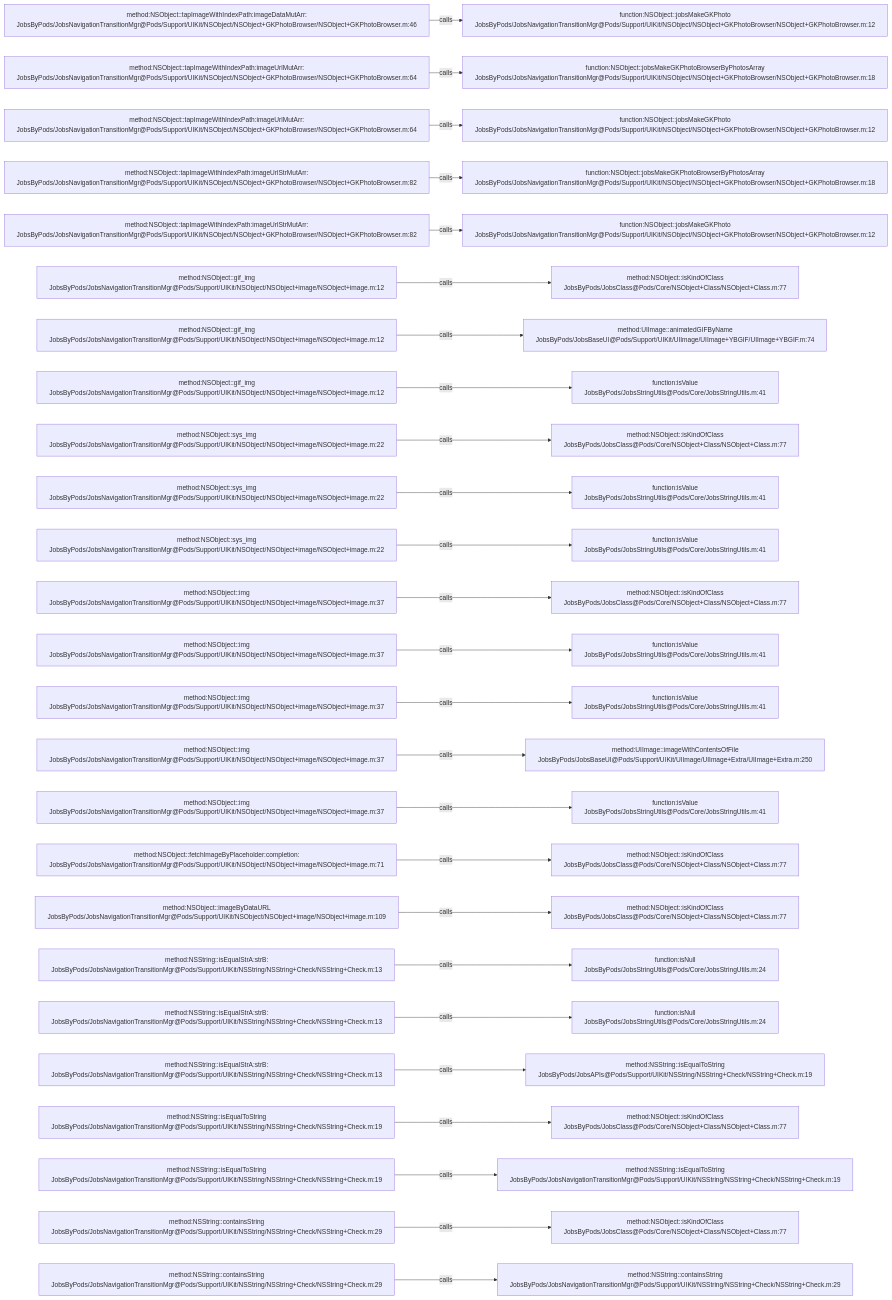
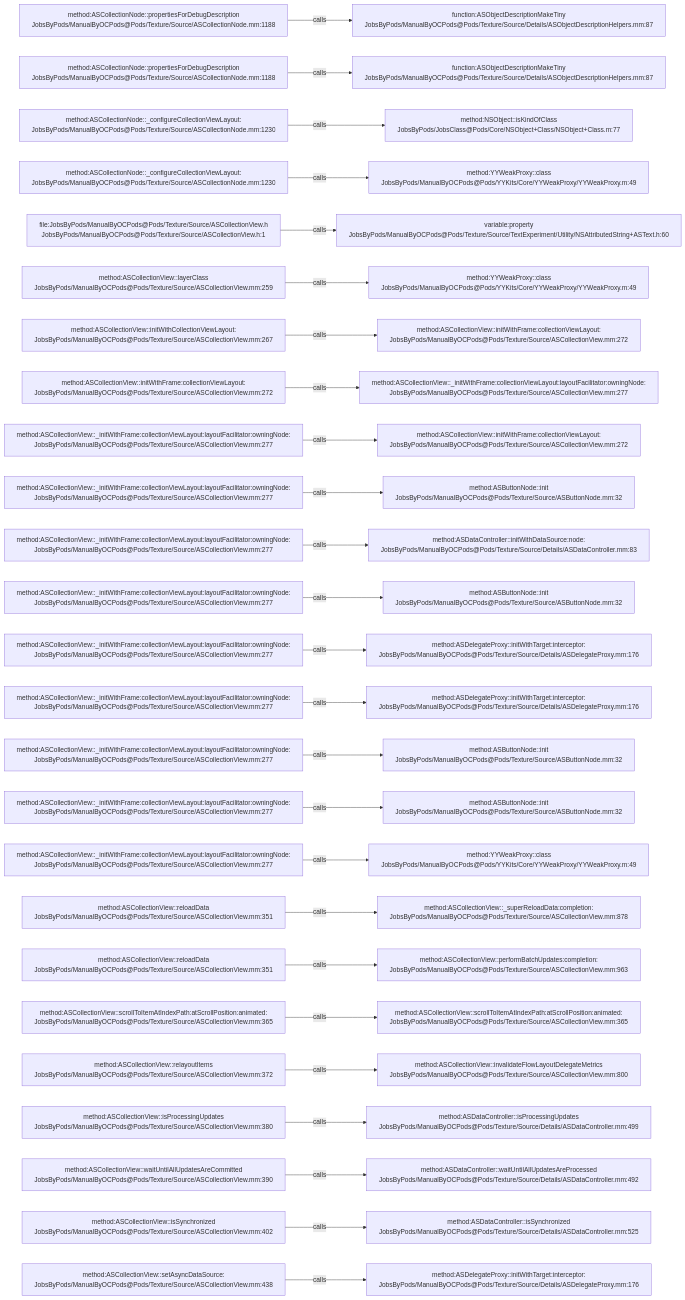
The diagram in .codegraph/codegraph.md/graphs/calls-087.md (JobsKits/JobsOCBaseConfigDemo), drawn with Mermaid before and after one commit. The commit also changed 2162 other files, not shown here.

````diff
--- a/.codegraph/codegraph.md/graphs/calls-087.md
+++ b/.codegraph/codegraph.md/graphs/calls-087.md
@@ -13,78 +13,78 @@
 ```mermaid
 flowchart LR
-  S1["method:NSObject::tapImageWithIndexPath:imageDataMutArr:<br/>JobsByPods/JobsNavigationTransitionMgr@Pods/Support/UIKit/NSObject/NSObject+GKPhotoBrowser/NSObject+GKPhotoBrowser.m:46"]
-  T1["function:NSObject::jobsMakeGKPhoto<br/>JobsByPods/JobsNavigationTransitionMgr@Pods/Support/UIKit/NSObject/NSObject+GKPhotoBrowser/NSObject+GKPhotoBrowser.m:12"]
+  S1["method:ASCollectionNode::propertiesForDebugDescription<br/>JobsByPods/ManualByOCPods@Pods/Texture/Source/ASCollectionNode.mm:1188"]
+  T1["function:ASObjectDescriptionMakeTiny<br/>JobsByPods/ManualByOCPods@Pods/Texture/Source/Details/ASObjectDescriptionHelpers.mm:87"]
   S1 -->|calls| T1
-  S2["method:NSObject::tapImageWithIndexPath:imageUrlMutArr:<br/>JobsByPods/JobsNavigationTransitionMgr@Pods/Support/UIKit/NSObject/NSObject+GKPhotoBrowser/NSObject+GKPhotoBrowser.m:64"]
-  T2["function:NSObject::jobsMakeGKPhotoBrowserByPhotosArray<br/>JobsByPods/JobsNavigationTransitionMgr@Pods/Support/UIKit/NSObject/NSObject+GKPhotoBrowser/NSObject+GKPhotoBrowser.m:18"]
+  S2["method:ASCollectionNode::propertiesForDebugDescription<br/>JobsByPods/ManualByOCPods@Pods/Texture/Source/ASCollectionNode.mm:1188"]
+  T2["function:ASObjectDescriptionMakeTiny<br/>JobsByPods/ManualByOCPods@Pods/Texture/Source/Details/ASObjectDescriptionHelpers.mm:87"]
   S2 -->|calls| T2
-  S3["method:NSObject::tapImageWithIndexPath:imageUrlMutArr:<br/>JobsByPods/JobsNavigationTransitionMgr@Pods/Support/UIKit/NSObject/NSObject+GKPhotoBrowser/NSObject+GKPhotoBrowser.m:64"]
-  T3["function:NSObject::jobsMakeGKPhoto<br/>JobsByPods/JobsNavigationTransitionMgr@Pods/Support/UIKit/NSObject/NSObject+GKPhotoBrowser/NSObject+GKPhotoBrowser.m:12"]
+  S3["method:ASCollectionNode::_configureCollectionViewLayout:<br/>JobsByPods/ManualByOCPods@Pods/Texture/Source/ASCollectionNode.mm:1230"]
+  T3["method:NSObject::isKindOfClass<br/>JobsByPods/JobsClass@Pods/Core/NSObject+Class/NSObject+Class.m:77"]
   S3 -->|calls| T3
-  S4["method:NSObject::tapImageWithIndexPath:imageUrlStrMutArr:<br/>JobsByPods/JobsNavigationTransitionMgr@Pods/Support/UIKit/NSObject/NSObject+GKPhotoBrowser/NSObject+GKPhotoBrowser.m:82"]
-  T4["function:NSObject::jobsMakeGKPhotoBrowserByPhotosArray<br/>JobsByPods/JobsNavigationTransitionMgr@Pods/Support/UIKit/NSObject/NSObject+GKPhotoBrowser/NSObject+GKPhotoBrowser.m:18"]
+  S4["method:ASCollectionNode::_configureCollectionViewLayout:<br/>JobsByPods/ManualByOCPods@Pods/Texture/Source/ASCollectionNode.mm:1230"]
+  T4["method:YYWeakProxy::class<br/>JobsByPods/ManualByOCPods@Pods/YYKits/Core/YYWeakProxy/YYWeakProxy.m:49"]
   S4 -->|calls| T4
-  S5["method:NSObject::tapImageWithIndexPath:imageUrlStrMutArr:<br/>JobsByPods/JobsNavigationTransitionMgr@Pods/Support/UIKit/NSObject/NSObject+GKPhotoBrowser/NSObject+GKPhotoBrowser.m:82"]
-  T5["function:NSObject::jobsMakeGKPhoto<br/>JobsByPods/JobsNavigationTransitionMgr@Pods/Support/UIKit/NSObject/NSObject+GKPhotoBrowser/NSObject+GKPhotoBrowser.m:12"]
+  S5["file:JobsByPods/ManualByOCPods@Pods/Texture/Source/ASCollectionView.h<br/>JobsByPods/ManualByOCPods@Pods/Texture/Source/ASCollectionView.h:1"]
+  T5["variable:property<br/>JobsByPods/ManualByOCPods@Pods/Texture/Source/TextExperiment/Utility/NSAttributedString+ASText.h:60"]
   S5 -->|calls| T5
-  S6["method:NSObject::gif_img<br/>JobsByPods/JobsNavigationTransitionMgr@Pods/Support/UIKit/NSObject/NSObject+image/NSObject+image.m:12"]
-  T6["method:NSObject::isKindOfClass<br/>JobsByPods/JobsClass@Pods/Core/NSObject+Class/NSObject+Class.m:77"]
+  S6["method:ASCollectionView::layerClass<br/>JobsByPods/ManualByOCPods@Pods/Texture/Source/ASCollectionView.mm:259"]
+  T6["method:YYWeakProxy::class<br/>JobsByPods/ManualByOCPods@Pods/YYKits/Core/YYWeakProxy/YYWeakProxy.m:49"]
   S6 -->|calls| T6
-  S7["method:NSObject::gif_img<br/>JobsByPods/JobsNavigationTransitionMgr@Pods/Support/UIKit/NSObject/NSObject+image/NSObject+image.m:12"]
-  T7["method:UIImage::animatedGIFByName<br/>JobsByPods/JobsBaseUI@Pods/Support/UIKit/UIImage/UIImage+YBGIF/UIImage+YBGIF.m:74"]
+  S7["method:ASCollectionView::initWithCollectionViewLayout:<br/>JobsByPods/ManualByOCPods@Pods/Texture/Source/ASCollectionView.mm:267"]
+  T7["method:ASCollectionView::initWithFrame:collectionViewLayout:<br/>JobsByPods/ManualByOCPods@Pods/Texture/Source/ASCollectionView.mm:272"]
   S7 -->|calls| T7
-  S8["method:NSObject::gif_img<br/>JobsByPods/JobsNavigationTransitionMgr@Pods/Support/UIKit/NSObject/NSObject+image/NSObject+image.m:12"]
-  T8["function:isValue<br/>JobsByPods/JobsStringUtils@Pods/Core/JobsStringUtils.m:41"]
+  S8["method:ASCollectionView::initWithFrame:collectionViewLayout:<br/>JobsByPods/ManualByOCPods@Pods/Texture/Source/ASCollectionView.mm:272"]
+  T8["method:ASCollectionView::_initWithFrame:collectionViewLayout:layoutFacilitator:owningNode:<br/>JobsByPods/ManualByOCPods@Pods/Texture/Source/ASCollectionView.mm:277"]
   S8 -->|calls| T8
-  S9["method:NSObject::sys_img<br/>JobsByPods/JobsNavigationTransitionMgr@Pods/Support/UIKit/NSObject/NSObject+image/NSObject+image.m:22"]
-  T9["method:NSObject::isKindOfClass<br/>JobsByPods/JobsClass@Pods/Core/NSObject+Class/NSObject+Class.m:77"]
+  S9["method:ASCollectionView::_initWithFrame:collectionViewLayout:layoutFacilitator:owningNode:<br/>JobsByPods/ManualByOCPods@Pods/Texture/Source/ASCollectionView.mm:277"]
+  T9["method:ASCollectionView::initWithFrame:collectionViewLayout:<br/>JobsByPods/ManualByOCPods@Pods/Texture/Source/ASCollectionView.mm:272"]
   S9 -->|calls| T9
-  S10["method:NSObject::sys_img<br/>JobsByPods/JobsNavigationTransitionMgr@Pods/Support/UIKit/NSObject/NSObject+image/NSObject+image.m:22"]
-  T10["function:isValue<br/>JobsByPods/JobsStringUtils@Pods/Core/JobsStringUtils.m:41"]
+  S10["method:ASCollectionView::_initWithFrame:collectionViewLayout:layoutFacilitator:owningNode:<br/>JobsByPods/ManualByOCPods@Pods/Texture/Source/ASCollectionView.mm:277"]
+  T10["method:ASButtonNode::init<br/>JobsByPods/ManualByOCPods@Pods/Texture/Source/ASButtonNode.mm:32"]
   S10 -->|calls| T10
-  S11["method:NSObject::sys_img<br/>JobsByPods/JobsNavigationTransitionMgr@Pods/Support/UIKit/NSObject/NSObject+image/NSObject+image.m:22"]
-  T11["function:isValue<br/>JobsByPods/JobsStringUtils@Pods/Core/JobsStringUtils.m:41"]
+  S11["method:ASCollectionView::_initWithFrame:collectionViewLayout:layoutFacilitator:owningNode:<br/>JobsByPods/ManualByOCPods@Pods/Texture/Source/ASCollectionView.mm:277"]
+  T11["method:ASDataController::initWithDataSource:node:<br/>JobsByPods/ManualByOCPods@Pods/Texture/Source/Details/ASDataController.mm:83"]
   S11 -->|calls| T11
-  S12["method:NSObject::img<br/>JobsByPods/JobsNavigationTransitionMgr@Pods/Support/UIKit/NSObject/NSObject+image/NSObject+image.m:37"]
-  T12["method:NSObject::isKindOfClass<br/>JobsByPods/JobsClass@Pods/Core/NSObject+Class/NSObject+Class.m:77"]
+  S12["method:ASCollectionView::_initWithFrame:collectionViewLayout:layoutFacilitator:owningNode:<br/>JobsByPods/ManualByOCPods@Pods/Texture/Source/ASCollectionView.mm:277"]
+  T12["method:ASButtonNode::init<br/>JobsByPods/ManualByOCPods@Pods/Texture/Source/ASButtonNode.mm:32"]
   S12 -->|calls| T12
-  S13["method:NSObject::img<br/>JobsByPods/JobsNavigationTransitionMgr@Pods/Support/UIKit/NSObject/NSObject+image/NSObject+image.m:37"]
-  T13["function:isValue<br/>JobsByPods/JobsStringUtils@Pods/Core/JobsStringUtils.m:41"]
+  S13["method:ASCollectionView::_initWithFrame:collectionViewLayout:layoutFacilitator:owningNode:<br/>JobsByPods/ManualByOCPods@Pods/Texture/Source/ASCollectionView.mm:277"]
+  T13["method:ASDelegateProxy::initWithTarget:interceptor:<br/>JobsByPods/ManualByOCPods@Pods/Texture/Source/Details/ASDelegateProxy.mm:176"]
   S13 -->|calls| T13
-  S14["method:NSObject::img<br/>JobsByPods/JobsNavigationTransitionMgr@Pods/Support/UIKit/NSObject/NSObject+image/NSObject+image.m:37"]
-  T14["function:isValue<br/>JobsByPods/JobsStringUtils@Pods/Core/JobsStringUtils.m:41"]
+  S14["method:ASCollectionView::_initWithFrame:collectionViewLayout:layoutFacilitator:owningNode:<br/>JobsByPods/ManualByOCPods@Pods/Texture/Source/ASCollectionView.mm:277"]
+  T14["method:ASDelegateProxy::initWithTarget:interceptor:<br/>JobsByPods/ManualByOCPods@Pods/Texture/Source/Details/ASDelegateProxy.mm:176"]
   S14 -->|calls| T14
-  S15["method:NSObject::img<br/>JobsByPods/JobsNavigationTransitionMgr@Pods/Support/UIKit/NSObject/NSObject+image/NSObject+image.m:37"]
-  T15["method:UIImage::imageWithContentsOfFile<br/>JobsByPods/JobsBaseUI@Pods/Support/UIKit/UIImage/UIImage+Extra/UIImage+Extra.m:250"]
+  S15["method:ASCollectionView::_initWithFrame:collectionViewLayout:layoutFacilitator:owningNode:<br/>JobsByPods/ManualByOCPods@Pods/Texture/Source/ASCollectionView.mm:277"]
+  T15["method:ASButtonNode::init<br/>JobsByPods/ManualByOCPods@Pods/Texture/Source/ASButtonNode.mm:32"]
   S15 -->|calls| T15
-  S16["method:NSObject::img<br/>JobsByPods/JobsNavigationTransitionMgr@Pods/Support/UIKit/NSObject/NSObject+image/NSObject+image.m:37"]
-  T16["function:isValue<br/>JobsByPods/JobsStringUtils@Pods/Core/JobsStringUtils.m:41"]
+  S16["method:ASCollectionView::_initWithFrame:collectionViewLayout:layoutFacilitator:owningNode:<br/>JobsByPods/ManualByOCPods@Pods/Texture/Source/ASCollectionView.mm:277"]
+  T16["method:ASButtonNode::init<br/>JobsByPods/ManualByOCPods@Pods/Texture/Source/ASButtonNode.mm:32"]
   S16 -->|calls| T16
-  S17["method:NSObject::fetchImageByPlaceholder:completion:<br/>JobsByPods/JobsNavigationTransitionMgr@Pods/Support/UIKit/NSObject/NSObject+image/NSObject+image.m:71"]
-  T17["method:NSObject::isKindOfClass<br/>JobsByPods/JobsClass@Pods/Core/NSObject+Class/NSObject+Class.m:77"]
+  S17["method:ASCollectionView::_initWithFrame:collectionViewLayout:layoutFacilitator:owningNode:<br/>JobsByPods/ManualByOCPods@Pods/Texture/Source/ASCollectionView.mm:277"]
+  T17["method:YYWeakProxy::class<br/>JobsByPods/ManualByOCPods@Pods/YYKits/Core/YYWeakProxy/YYWeakProxy.m:49"]
   S17 -->|calls| T17
-  S18["method:NSObject::imageByDataURL<br/>JobsByPods/JobsNavigationTransitionMgr@Pods/Support/UIKit/NSObject/NSObject+image/NSObject+image.m:109"]
-  T18["method:NSObject::isKindOfClass<br/>JobsByPods/JobsClass@Pods/Core/NSObject+Class/NSObject+Class.m:77"]
+  S18["method:ASCollectionView::reloadData<br/>JobsByPods/ManualByOCPods@Pods/Texture/Source/ASCollectionView.mm:351"]
+  T18["method:ASCollectionView::_superReloadData:completion:<br/>JobsByPods/ManualByOCPods@Pods/Texture/Source/ASCollectionView.mm:878"]
   S18 -->|calls| T18
-  S19["method:NSString::isEqualStrA:strB:<br/>JobsByPods/JobsNavigationTransitionMgr@Pods/Support/UIKit/NSString/NSString+Check/NSString+Check.m:13"]
-  T19["function:isNull<br/>JobsByPods/JobsStringUtils@Pods/Core/JobsStringUtils.m:24"]
+  S19["method:ASCollectionView::reloadData<br/>JobsByPods/ManualByOCPods@Pods/Texture/Source/ASCollectionView.mm:351"]
+  T19["method:ASCollectionView::performBatchUpdates:completion:<br/>JobsByPods/ManualByOCPods@Pods/Texture/Source/ASCollectionView.mm:963"]
   S19 -->|calls| T19
-  S20["method:NSString::isEqualStrA:strB:<br/>JobsByPods/JobsNavigationTransitionMgr@Pods/Support/UIKit/NSString/NSString+Check/NSString+Check.m:13"]
-  T20["function:isNull<br/>JobsByPods/JobsStringUtils@Pods/Core/JobsStringUtils.m:24"]
+  S20["method:ASCollectionView::scrollToItemAtIndexPath:atScrollPosition:animated:<br/>JobsByPods/ManualByOCPods@Pods/Texture/Source/ASCollectionView.mm:365"]
+  T20["method:ASCollectionView::scrollToItemAtIndexPath:atScrollPosition:animated:<br/>JobsByPods/ManualByOCPods@Pods/Texture/Source/ASCollectionView.mm:365"]
   S20 -->|calls| T20
-  S21["method:NSString::isEqualStrA:strB:<br/>JobsByPods/JobsNavigationTransitionMgr@Pods/Support/UIKit/NSString/NSString+Check/NSString+Check.m:13"]
-  T21["method:NSString::isEqualToString<br/>JobsByPods/JobsAPIs@Pods/Support/UIKit/NSString/NSString+Check/NSString+Check.m:19"]
+  S21["method:ASCollectionView::relayoutItems<br/>JobsByPods/ManualByOCPods@Pods/Texture/Source/ASCollectionView.mm:372"]
+  T21["method:ASCollectionView::invalidateFlowLayoutDelegateMetrics<br/>JobsByPods/ManualByOCPods@Pods/Texture/Source/ASCollectionView.mm:800"]
   S21 -->|calls| T21
-  S22["method:NSString::isEqualToString<br/>JobsByPods/JobsNavigationTransitionMgr@Pods/Support/UIKit/NSString/NSString+Check/NSString+Check.m:19"]
-  T22["method:NSObject::isKindOfClass<br/>JobsByPods/JobsClass@Pods/Core/NSObject+Class/NSObject+Class.m:77"]
+  S22["method:ASCollectionView::isProcessingUpdates<br/>JobsByPods/ManualByOCPods@Pods/Texture/Source/ASCollectionView.mm:380"]
+  T22["method:ASDataController::isProcessingUpdates<br/>JobsByPods/ManualByOCPods@Pods/Texture/Source/Details/ASDataController.mm:499"]
   S22 -->|calls| T22
-  S23["method:NSString::isEqualToString<br/>JobsByPods/JobsNavigationTransitionMgr@Pods/Support/UIKit/NSString/NSString+Check/NSString+Check.m:19"]
-  T23["method:NSString::isEqualToString<br/>JobsByPods/JobsNavigationTransitionMgr@Pods/Support/UIKit/NSString/NSString+Check/NSString+Check.m:19"]
+  S23["method:ASCollectionView::waitUntilAllUpdatesAreCommitted<br/>JobsByPods/ManualByOCPods@Pods/Texture/Source/ASCollectionView.mm:390"]
+  T23["method:ASDataController::waitUntilAllUpdatesAreProcessed<br/>JobsByPods/ManualByOCPods@Pods/Texture/Source/Details/ASDataController.mm:492"]
   S23 -->|calls| T23
-  S24["method:NSString::containsString<br/>JobsByPods/JobsNavigationTransitionMgr@Pods/Support/UIKit/NSString/NSString+Check/NSString+Check.m:29"]
-  T24["method:NSObject::isKindOfClass<br/>JobsByPods/JobsClass@Pods/Core/NSObject+Class/NSObject+Class.m:77"]
+  S24["method:ASCollectionView::isSynchronized<br/>JobsByPods/ManualByOCPods@Pods/Texture/Source/ASCollectionView.mm:402"]
+  T24["method:ASDataController::isSynchronized<br/>JobsByPods/ManualByOCPods@Pods/Texture/Source/Details/ASDataController.mm:525"]
   S24 -->|calls| T24
-  S25["method:NSString::containsString<br/>JobsByPods/JobsNavigationTransitionMgr@Pods/Support/UIKit/NSString/NSString+Check/NSString+Check.m:29"]
-  T25["method:NSString::containsString<br/>JobsByPods/JobsNavigationTransitionMgr@Pods/Support/UIKit/NSString/NSString+Check/NSString+Check.m:29"]
+  S25["method:ASCollectionView::setAsyncDataSource:<br/>JobsByPods/ManualByOCPods@Pods/Texture/Source/ASCollectionView.mm:438"]
+  T25["method:ASDelegateProxy::initWithTarget:interceptor:<br/>JobsByPods/ManualByOCPods@Pods/Texture/Source/Details/ASDelegateProxy.mm:176"]
   S25 -->|calls| T25
 ```
````
